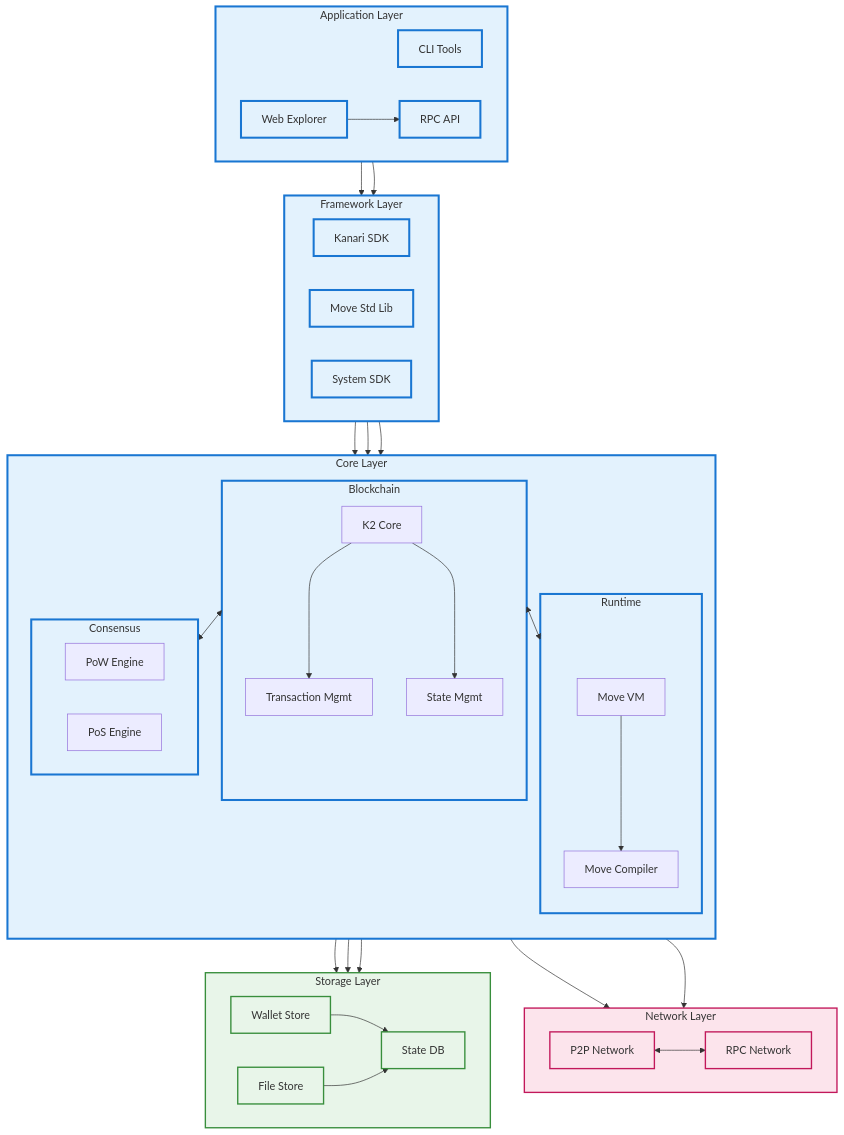
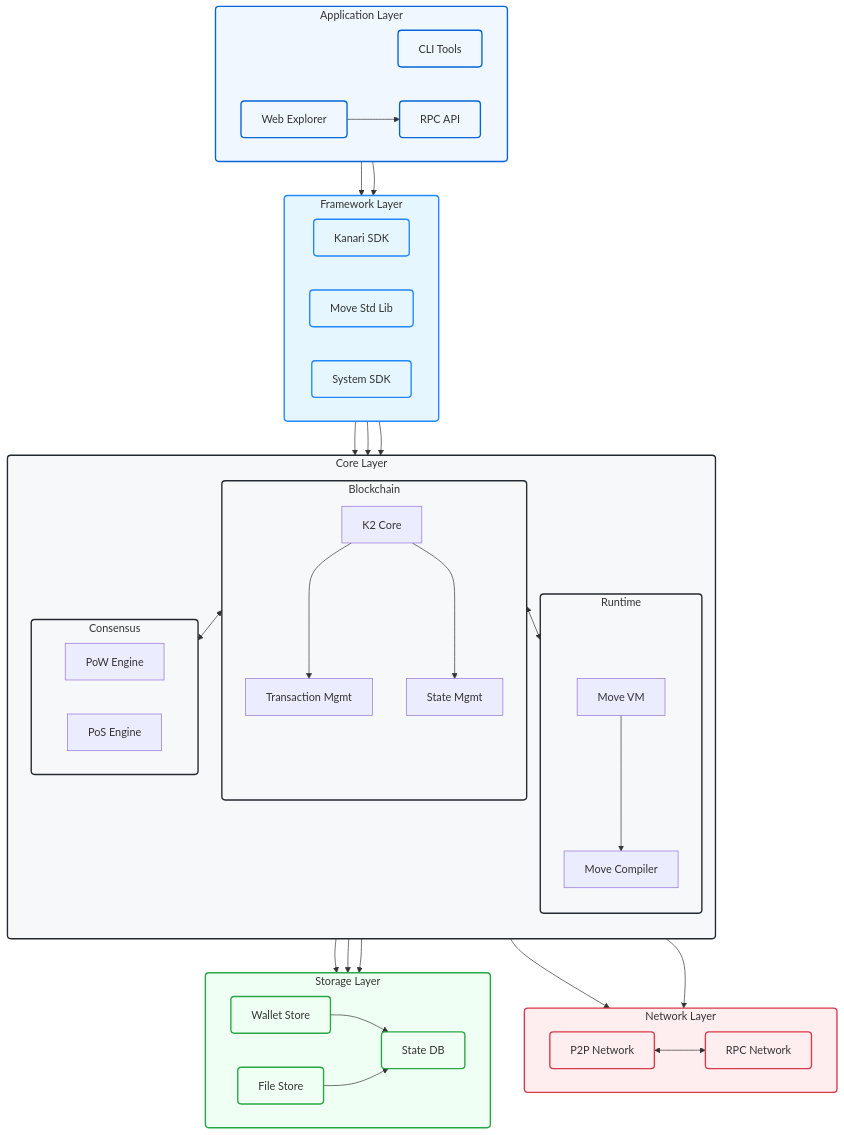
One commit to kanari-network/kanari-sdk changed the diagram in README.md. Above: the diagram before and after it, drawn with Mermaid.

Commit message:
Improve styling colors and consistency in flowchart section of README.md

```diff
--- a/README.md
+++ b/README.md
@@ -77,12 +77,12 @@
     TX --> Wallet
     VM --> File
 
-    %% Styling
-    classDef app fill:#e3f2fd,stroke:#1976d2,stroke-width:3px
-    classDef framework fill:#e3f2fd,stroke:#1976d2,stroke-width:3px
-    classDef core fill:#e3f2fd,stroke:#1976d2,stroke-width:3px
-    classDef network fill:#fce4ec,stroke:#c2185b,stroke-width:2px
-    classDef storage fill:#e8f5e9,stroke:#388e3c,stroke-width:2px
+    %% Styling with improved colors and consistency
+    classDef app fill:#f0f7ff,stroke:#0366d6,stroke-width:2px,rx:5px
+    classDef framework fill:#e6f6ff,stroke:#2188ff,stroke-width:2px,rx:5px
+    classDef core fill:#f6f8fa,stroke:#24292e,stroke-width:2px,rx:5px
+    classDef network fill:#ffeef0,stroke:#d73a49,stroke-width:2px,rx:5px
+    classDef storage fill:#f0fff4,stroke:#28a745,stroke-width:2px,rx:5px
 
     class APP,CLI,Web,RPC app
     class FW,Kanari,Std,Sys framework
```
